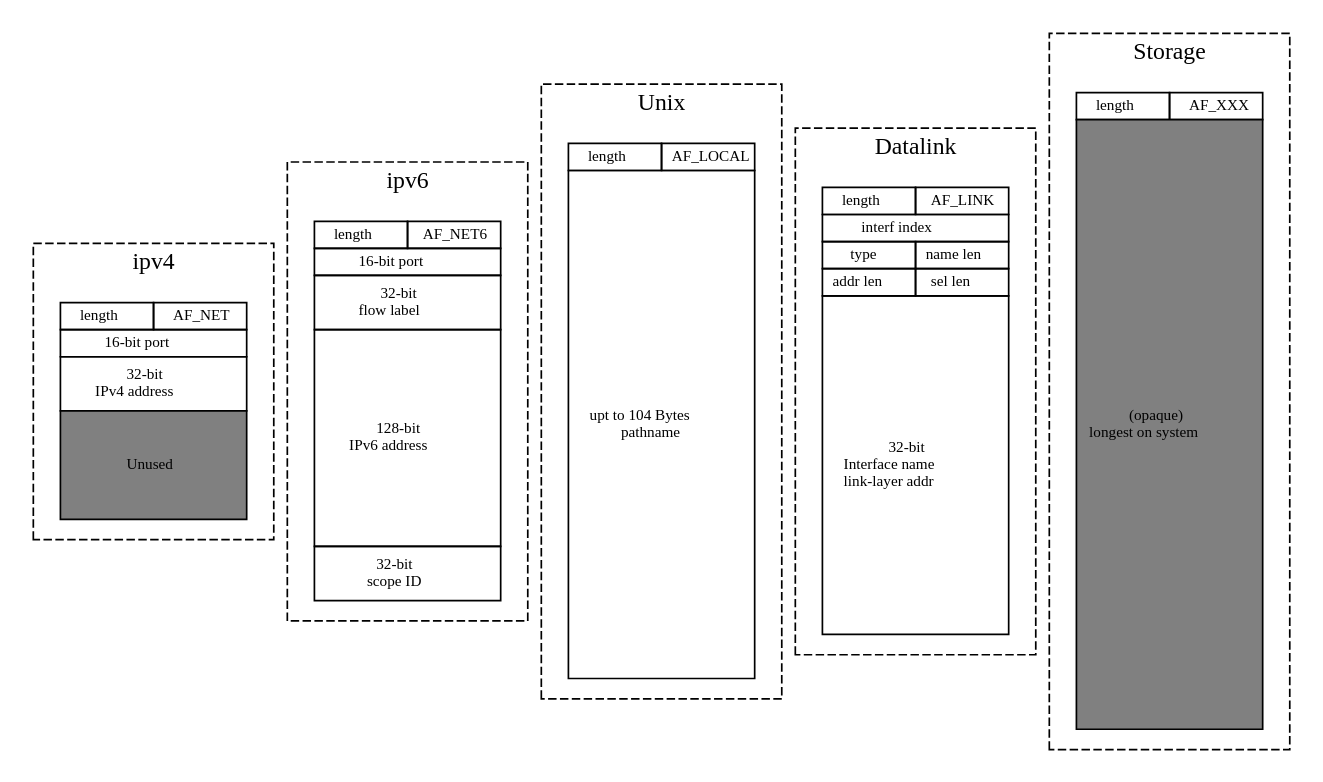
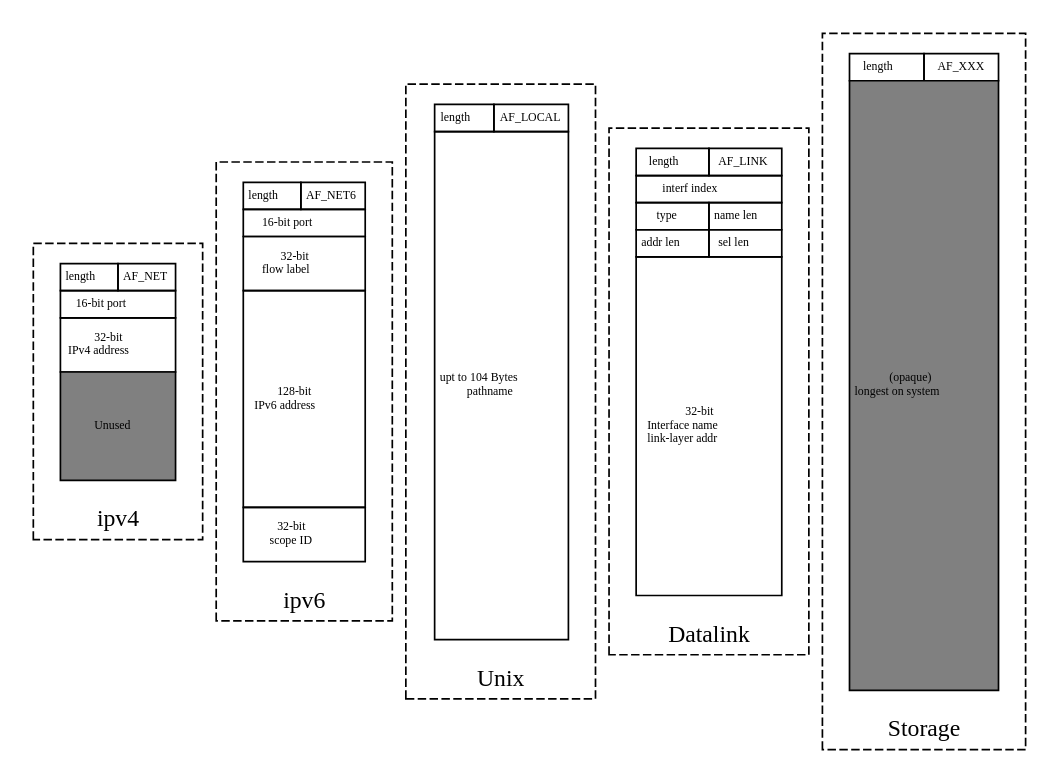
The diagram in unp/sas.dot (harrifeng/dot_summary), drawn with Graphviz before and after one commit.

Commit message:
socket structure

```diff
--- a/unp/sas.dot
+++ b/unp/sas.dot
@@ -1,68 +1,72 @@
 digraph foo {
-            node[shape="plaintext",fontsize="9",fontname="Monaco, Consolas"]
+            rankdir=BT
+            node[shape="plaintext",fontsize="7",fontname="Monaco, Consolas"]
             subgraph cluster_ipv4 {
             label="ipv4";
             style="dashed";
             node_ipv4[label=<<table BORDER="0" CELLBORDER="1" CELLSPACING="0">
-                                 <TR><TD width="55" height="16" >length</TD><TD width="55" port="f0">AF_NET</TD></TR>
+                                 <TR><TD width="33" height="16" >length</TD><TD width="33" port="f0">AF_NET</TD></TR>
                                  <TR><TD colspan="2" height="16">16-bit port</TD></TR>
                                  <TR>
                                  <TD colspan="2" height="32">32-bit<br /> IPv4 address</TD>
                                  </TR>
                                  <TR ><TD colspan="2" height="64" bgcolor="grey">Unused</TD></TR>
                              </table>>];
 
             }
+            
             subgraph cluster_ipv6 {
             label="ipv6";
             style="dashed";
             node_ipv6[label=<<table BORDER="0" CELLBORDER="1" CELLSPACING="0">
-                                 <TR><TD width="55" height="16" port="f0">length</TD><TD width="55">AF_NET6</TD></TR>
+                                 <TR><TD width="33" height="16" port="f0">length</TD><TD width="33">AF_NET6</TD></TR>
                                  <TR><TD colspan="2" height="16">16-bit port</TD></TR>
                                  <TR>
                                  <TD colspan="2" height="32">32-bit<br /> flow label</TD>
                                  </TR>
                                  <TR>
                                  <TD colspan="2" height="128">128-bit<br /> IPv6 address</TD>
                                  </TR>
                                  <TR ><TD colspan="2" height="32">32-bit <br /> scope ID</TD></TR>
                              </table>>];
 
             }
+
+            
             subgraph cluster_unix {
             label="Unix";
             style="dashed";
             node_unix[label=<<table BORDER="0" CELLBORDER="1" CELLSPACING="0">
-                                 <TR><TD width="55" height="16" port="f0">length</TD><TD width="55">AF_LOCAL</TD></TR>
+                                 <TR><TD width="33" height="16" port="f0">length</TD><TD width="33">AF_LOCAL</TD></TR>
                                  <TR>
                                  <TD colspan="2" height="300">upt to 104 Bytes<br /> pathname</TD>
                                  </TR>
                              </table>>];
 
             }
             subgraph cluster_dl {
             label="Datalink";
             style="dashed";
             node_dl[label=<<table BORDER="0" CELLBORDER="1" CELLSPACING="0">
-                                 <TR><TD width="55" height="16" port="f0">length</TD><TD width="55">AF_LINK</TD></TR>
+                                 <TR><TD width="33" height="16" port="f0">length</TD><TD width="33">AF_LINK</TD></TR>
                                  <TR><TD colspan="2" height="16">interf index</TD></TR>
-                                 <TR><TD width="55" height="16" port="f0">type</TD><TD width="55">name len</TD></TR>
-                                 <TR><TD width="55" height="16" port="f0">addr len</TD><TD width="55">sel len</TD></TR>
+                                 <TR><TD width="33" height="16" port="f0">type</TD><TD width="33">name len</TD></TR>
+                                 <TR><TD width="33" height="16" port="f0">addr len</TD><TD width="33">sel len</TD></TR>
                                  <TR>
                                  <TD colspan="2" height="200">32-bit<br /> Interface name <br/> link-layer addr</TD>
                                  </TR>
                              </table>>];
-
             }
 
             subgraph cluster_storage {
             label="Storage";
             style="dashed";
             node_storage[label=<<table BORDER="0" CELLBORDER="1" CELLSPACING="0">
-                                 <TR><TD width="55" height="16" port="f0">length</TD><TD width="55">AF_XXX</TD></TR>
+                                 <TR><TD width="33" height="16" port="f0">length</TD><TD width="33">AF_XXX</TD></TR>
                                  <TR ><TD colspan="2" height="360" bgcolor="grey">(opaque) <br /> longest on system</TD></TR>
                              </table>>];
 
             }
-            node_ipv4->node_ipv6->node_unix->node_dl->node_storage[constraint="false", style="invis"];
+            // node_ipv4->node_ipv6->node_dl[constraint="false", style="invis"];
+            
          }
```
